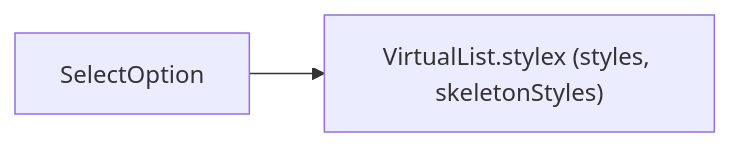
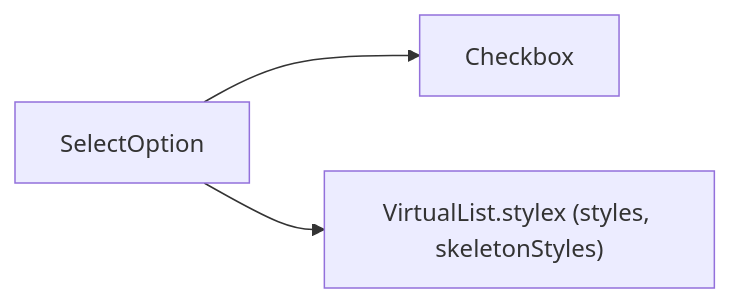
The first of 2 diagrams in apps/react-router/src/components/VirtualList/SelectOption/ARCHITECTURE.md (luciocabrera/lcabrera-stack), drawn with Mermaid before and after one commit. The commit also changed other lines of this file and 16 other files, not shown here.

````diff
--- a/apps/react-router/src/components/VirtualList/SelectOption/ARCHITECTURE.md
+++ b/apps/react-router/src/components/VirtualList/SelectOption/ARCHITECTURE.md
@@ -16,4 +16,5 @@
 ```mermaid
 graph LR
+  SO["SelectOption"] --> Checkbox["Checkbox"]
   SO["SelectOption"] --> VL_stylex["VirtualList.stylex (styles, skeletonStyles)"]
 ```
````
